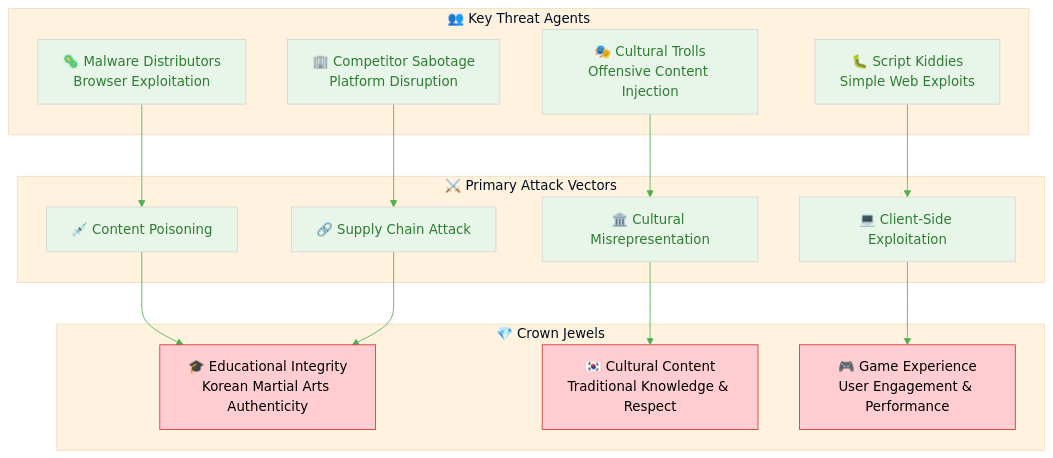
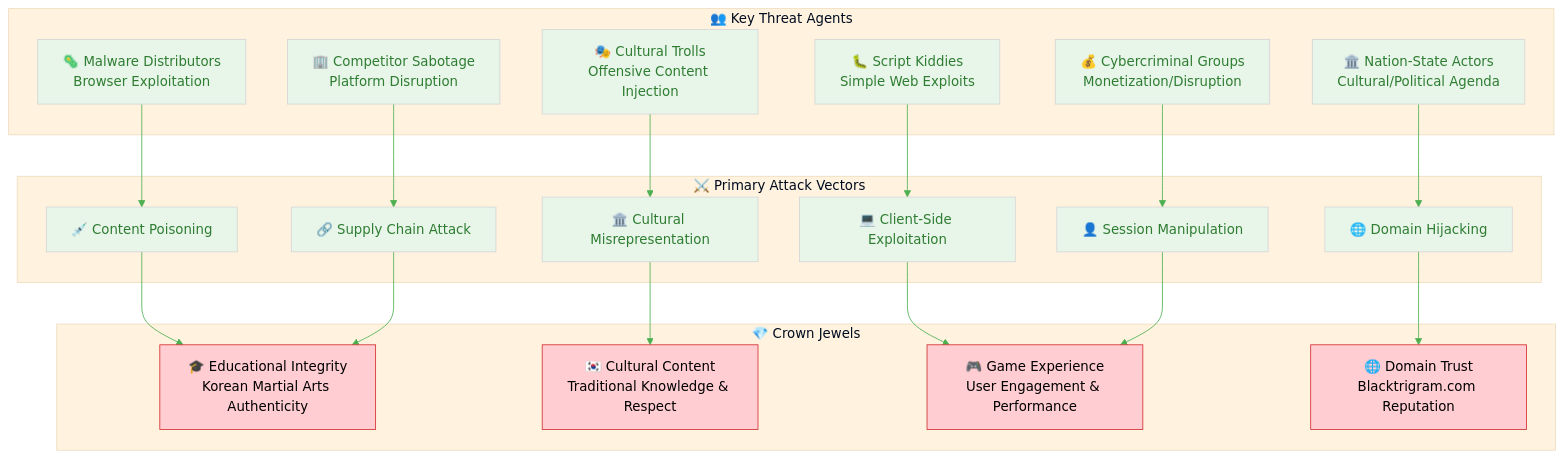
The first of 7 diagrams in THREAT_MODEL.md (Hack23/blacktrigram), drawn with Mermaid before and after one commit. The commit also changed other lines of this file and 1 other file, not shown here.

````diff
--- a/THREAT_MODEL.md
+++ b/THREAT_MODEL.md
@@ -105,48 +107,58 @@
 ```mermaid
 %%{
   init: {
     'theme': 'base',
     'themeVariables': {
       'primaryColor': '#e8f5e9',
       'primaryTextColor': '#2e7d32',
       'lineColor': '#4caf50',
       'secondaryColor': '#ffcdd2',
       'tertiaryColor': '#fff3e0'
     }
   }
 }%%
 flowchart TB
     subgraph CROWN_JEWELS["💎 Crown Jewels"]
         EDUCATIONAL[🎓 Educational Integrity<br/>Korean Martial Arts Authenticity]
         CULTURAL[🇰🇷 Cultural Content<br/>Traditional Knowledge & Respect]
         GAMEPLAY[🎮 Game Experience<br/>User Engagement & Performance]
+        DOMAIN[🌐 Domain Trust<br/>Blacktrigram.com Reputation]
     end
 
     subgraph ATTACK_VECTORS["⚔️ Primary Attack Vectors"]
         CONTENT_POISON[💉 Content Poisoning]
         SUPPLY_CHAIN[🔗 Supply Chain Attack]
         CLIENT_EXPLOIT[💻 Client-Side Exploitation]
         CULTURAL_ATTACK[🏛️ Cultural Misrepresentation]
+        DOMAIN_HIJACK[🌐 Domain Hijacking]
+        SESSION_ATTACK[👤 Session Manipulation]
     end
 
     subgraph THREAT_AGENTS["👥 Key Threat Agents"]
         SCRIPT_KIDDIES[🐛 Script Kiddies<br/>Simple Web Exploits]
         CULTURAL_TROLLS[🎭 Cultural Trolls<br/>Offensive Content Injection]
         MALWARE_DISTRIBUTORS[🦠 Malware Distributors<br/>Browser Exploitation]
         COMPETITOR_SABOTAGE[🏢 Competitor Sabotage<br/>Platform Disruption]
+        NATION_STATE[🏛️ Nation-State Actors<br/>Cultural/Political Agenda]
+        CRIMINAL_GROUPS[💰 Cybercriminal Groups<br/>Monetization/Disruption]
     end
 
     CONTENT_POISON --> EDUCATIONAL
     CULTURAL_ATTACK --> CULTURAL
     CLIENT_EXPLOIT --> GAMEPLAY
     SUPPLY_CHAIN --> EDUCATIONAL
+    DOMAIN_HIJACK --> DOMAIN
+    SESSION_ATTACK --> GAMEPLAY
 
     SCRIPT_KIDDIES --> CLIENT_EXPLOIT
     CULTURAL_TROLLS --> CULTURAL_ATTACK
     MALWARE_DISTRIBUTORS --> CONTENT_POISON
     COMPETITOR_SABOTAGE --> SUPPLY_CHAIN
+    NATION_STATE --> DOMAIN_HIJACK
+    CRIMINAL_GROUPS --> SESSION_ATTACK
 
     style EDUCATIONAL fill:#ffcdd2,stroke:#d32f2f,color:#000
     style CULTURAL fill:#ffcdd2,stroke:#d32f2f,color:#000
     style GAMEPLAY fill:#ffcdd2,stroke:#d32f2f,color:#000
+    style DOMAIN fill:#ffcdd2,stroke:#d32f2f,color:#000
 ```
````
